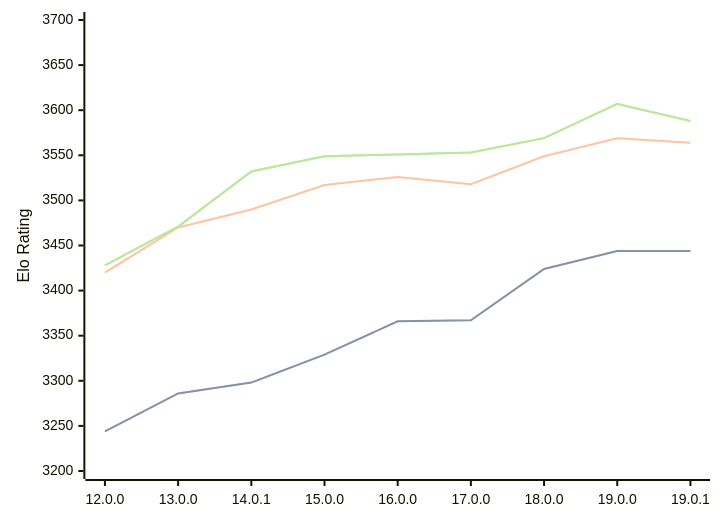
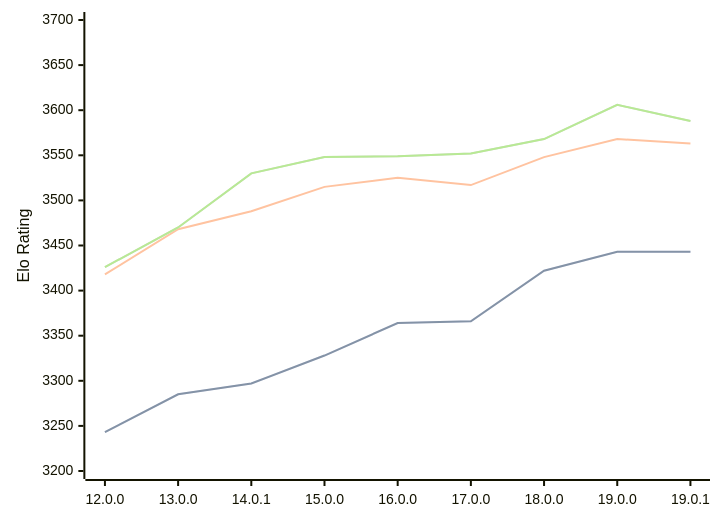
One commit to computer-chess-index/cci changed the diagram in engines/Viridithas.md. Above: the diagram before and after it, drawn with Mermaid. The commit also changed other lines of this file, not shown here.

Commit message:
Update CCI Ratings (ELO VLTC) - 2026-04-26

````diff
--- a/engines/Viridithas.md
+++ b/engines/Viridithas.md
@@ -63,11 +63,11 @@
 ```mermaid
 %%{init: {"theme":"base","themeVariables":{"seriesColors:['#a3a3a3','#222221','#faa371']}}}%%
 xychart-beta
   x-axis ["12.0.0", "13.0.0", "14.0.1", "15.0.0", "16.0.0", "17.0.0", "18.0.0", "19.0.0", "19.0.1"]
   y-axis "Elo Rating" 3200 --> 3700
-  line "STC (8.0+0.08s)" [3244, 3286, 3298, 3329, 3366, 3367, 3424, 3444, 3444]
-  line "STC (8.0+0.08s)" [3244, 3286, 3298, 3329, 3366, 3367, 3424, 3444, 3444]
-  line "LTC (60.0+0.60s)" [3420, 3470, 3490, 3517, 3526, 3518, 3549, 3569, 3564]
-  line "VLTC (2m24s+1.12s)" [3428, 3471, 3532, 3549, 3551, 3553, 3569, 3607, 3588]
-  line "VLTC (2m24s+1.12s)" [3428, 3471, 3532, 3549, 3551, 3553, 3569, 3607, 3588]
+  line "STC (8.0+0.08s)" [3243, 3285, 3297, 3328, 3364, 3366, 3422, 3443, 3443]
+  line "STC (8.0+0.08s)" [3243, 3285, 3297, 3328, 3364, 3366, 3422, 3443, 3443]
+  line "LTC (60.0+0.60s)" [3418, 3468, 3488, 3515, 3525, 3517, 3548, 3568, 3563]
+  line "VLTC (2m24s+1.12s)" [3426, 3470, 3530, 3548, 3549, 3552, 3568, 3606, 3588]
+  line "VLTC (2m24s+1.12s)" [3426, 3470, 3530, 3548, 3549, 3552, 3568, 3606, 3588]
 ```
````
